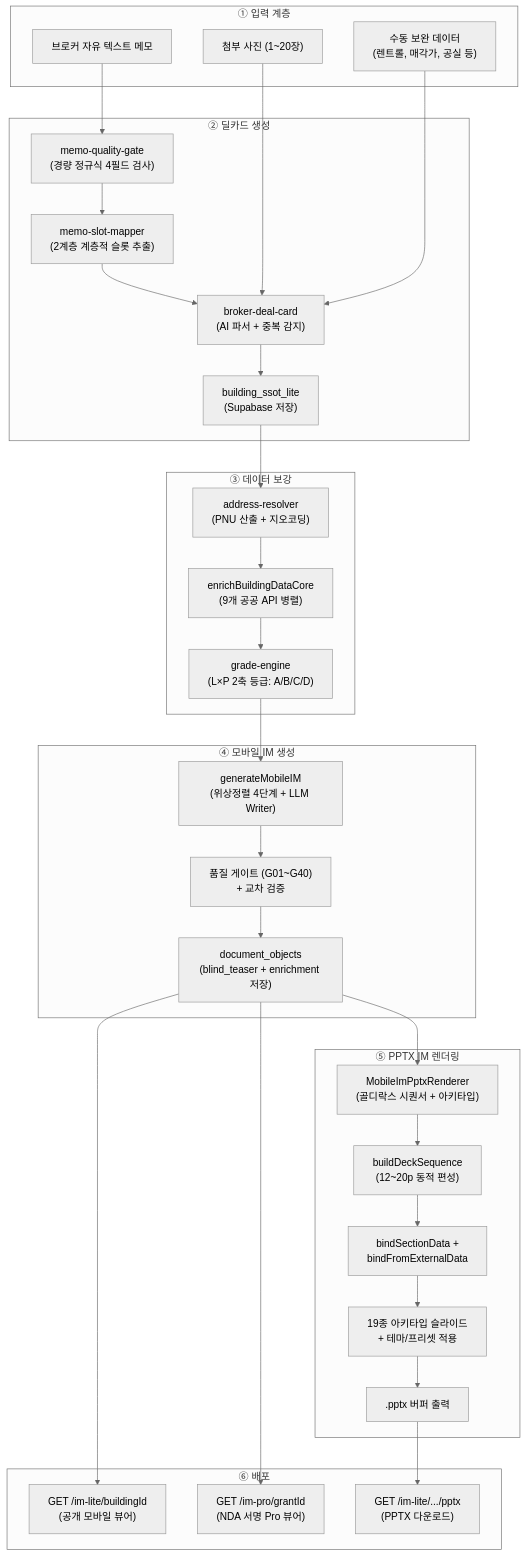
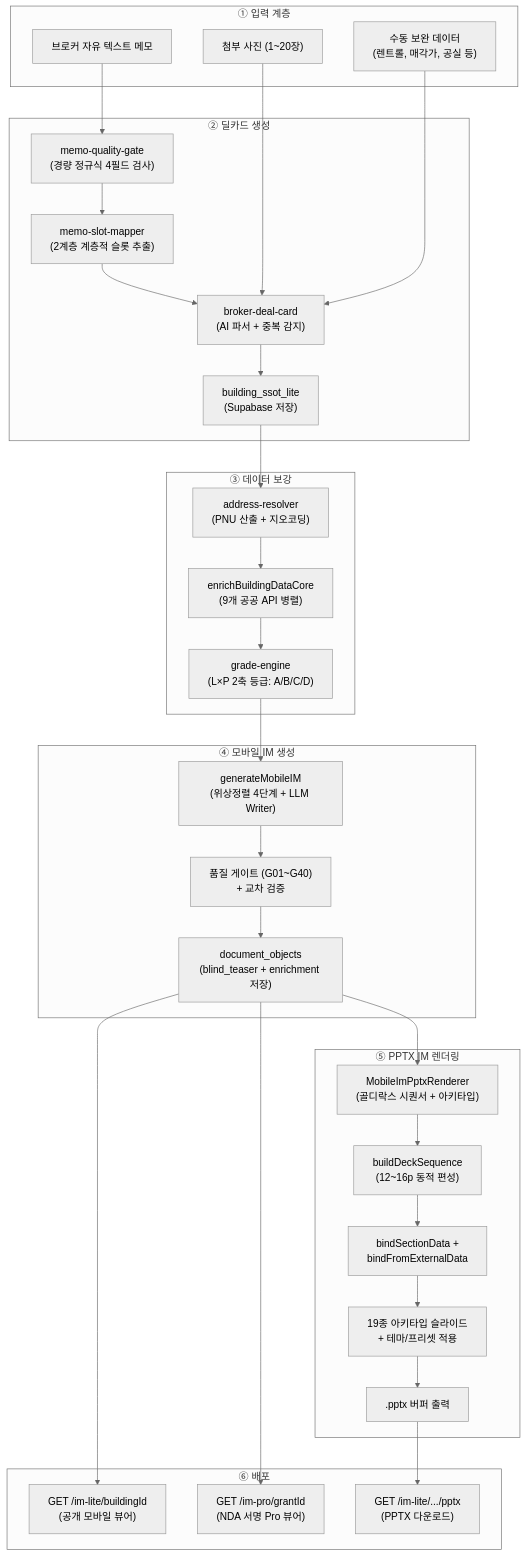
The diagram in docs/impipe/01_FULL_PIPELINE_ARCHITECTURE.md (kboom8002/cre-dealcard), drawn with Mermaid (neutral theme) before and after one commit. The commit also changed other lines of this file and 1 other file, not shown here.

````diff
--- a/docs/impipe/01_FULL_PIPELINE_ARCHITECTURE.md
+++ b/docs/impipe/01_FULL_PIPELINE_ARCHITECTURE.md
@@ -11,50 +11,50 @@
 ```mermaid
 flowchart TD
     subgraph INPUT["① 입력 계층"]
         A["브로커 자유 텍스트 메모"]
         B["첨부 사진 (1~20장)"]
         C["수동 보완 데이터\n(렌트롤, 매각가, 공실 등)"]
     end
 
     subgraph DEALCARD["② 딜카드 생성"]
         D["memo-quality-gate\n(경량 정규식 4필드 검사)"]
         E["memo-slot-mapper\n(2계층 계층적 슬롯 추출)"]
         F["broker-deal-card\n(AI 파서 + 중복 감지)"]
         G["building_ssot_lite\n(Supabase 저장)"]
     end
 
     subgraph ENRICH["③ 데이터 보강"]
         H["address-resolver\n(PNU 산출 + 지오코딩)"]
         I["enrichBuildingDataCore\n(9개 공공 API 병렬)"]
         J["grade-engine\n(L×P 2축 등급: A/B/C/D)"]
     end
 
     subgraph MOBILEIM["④ 모바일 IM 생성"]
         K["generateMobileIM\n(위상정렬 4단계 + LLM Writer)"]
         L["품질 게이트 (G01~G40)\n+ 교차 검증"]
         M["document_objects\n(blind_teaser + enrichment 저장)"]
     end
 
     subgraph PPTXIM["⑤ PPTX IM 렌더링"]
         N["MobileImPptxRenderer\n(골디락스 시퀀서 + 아키타입)"]
-        O["buildDeckSequence\n(12~20p 동적 편성)"]
+        O["buildDeckSequence\n(12~16p 동적 편성)"]
         P["bindSectionData +\nbindFromExternalData"]
         Q["19종 아키타입 슬라이드\n+ 테마/프리셋 적용"]
         R[".pptx 버퍼 출력"]
     end
 
     subgraph VIEWER["⑥ 배포"]
         S["GET /im-lite/buildingId\n(공개 모바일 뷰어)"]
         T["GET /im-pro/grantId\n(NDA 서명 Pro 뷰어)"]
         U["GET /im-lite/.../pptx\n(PPTX 다운로드)"]
     end
 
     A --> D --> E --> F --> G
     B --> F
     C --> F
     G --> H --> I --> J
     J --> K --> L --> M
     M --> S
     M --> T
     M --> N --> O --> P --> Q --> R --> U
 ```
````
